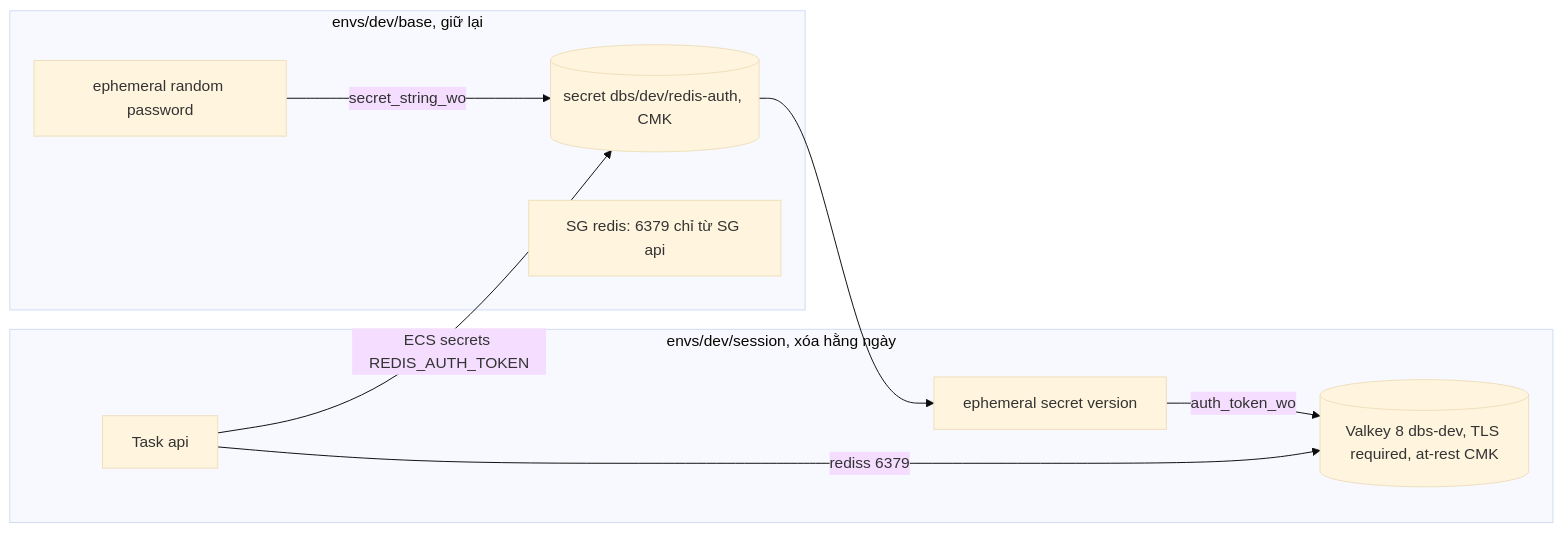
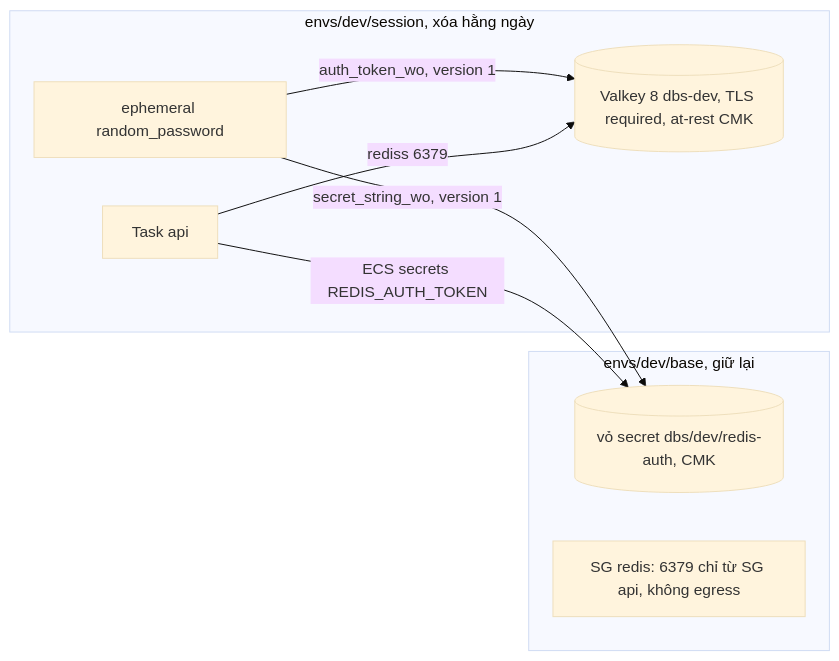
The diagram in docs/features/DBS-75-terraform-valkey.md (Lawliet119/digital-banking-simulator), drawn with Mermaid (base theme) before and after one commit. The commit also changed other lines of this file and 1 other file, not shown here.

Commit message:
docs(features): DBS-75 domain review round 1 fixes

````diff
--- a/docs/features/DBS-75-terraform-valkey.md
+++ b/docs/features/DBS-75-terraform-valkey.md
@@ -90,13 +95,13 @@
 ```mermaid
 flowchart LR
   subgraph base[envs/dev/base, giữ lại]
-    RP[ephemeral random password] -->|secret_string_wo| S[(secret dbs/dev/redis-auth, CMK)]
-    SG[SG redis: 6379 chỉ từ SG api]
+    S[(vỏ secret dbs/dev/redis-auth, CMK)]
+    SG[SG redis: 6379 chỉ từ SG api, không egress]
   end
   subgraph session[envs/dev/session, xóa hằng ngày]
-    E[ephemeral secret version] -->|auth_token_wo| R[(Valkey 8 dbs-dev, TLS required, at-rest CMK)]
+    E[ephemeral random_password] -->|secret_string_wo, version 1| S
+    E -->|auth_token_wo, version 1| R[(Valkey 8 dbs-dev, TLS required, at-rest CMK)]
     T[Task api] -->|ECS secrets REDIS_AUTH_TOKEN| S
     T -->|rediss 6379| R
   end
-  S --> E
 ```
````
